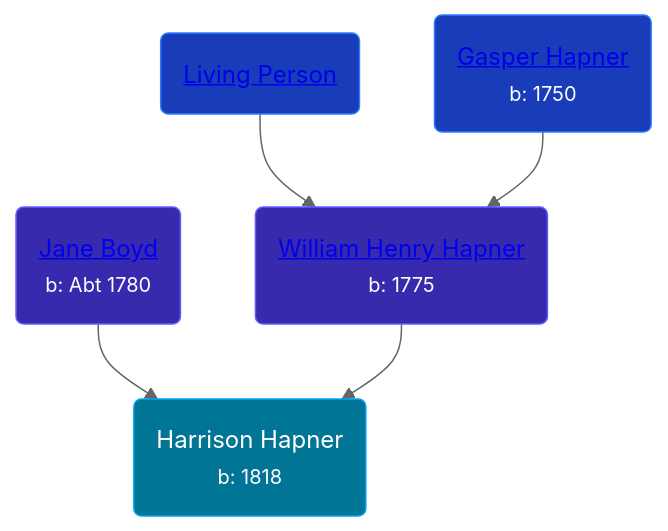
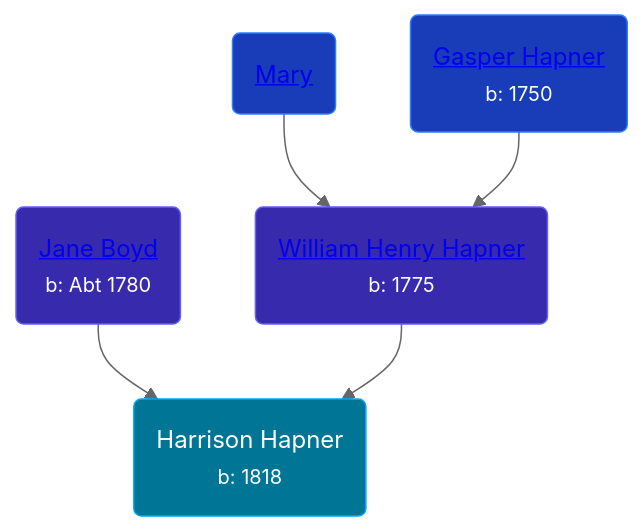
Before and after one commit to wpmgotkh/wpmgotkh.github.io: the diagram in pages/people/8/82056089.md, drawn with Mermaid (neutral theme). The commit also changed 586 other files, not shown here.

Commit message:
feat: better shouldConsiderPersonLiving algo

````diff
--- a/pages/people/8/82056089.md
+++ b/pages/people/8/82056089.md
@@ -11,11 +11,11 @@
 ```mermaid
 graph
 classDef grands fill:#193cb8,stroke:#2b7fff,stroke-width:1px,color:#fff;
 classDef parents fill:#372aac,stroke:#615fff,stroke-width:1px,color:#fff;
 classDef primary fill:#007595,stroke:#00a6f4,stroke-width:1px,color:#fff;
 82056089(Harrison Hapner<br /><small>b: 1818</small>):::primary
 54740480(<a class="text-white" href="/people/5/54740480">Jane Boyd</a><br /><small>b: Abt 1780</small>):::parents-->82056089
 95017783(<a class="text-white" href="/people/9/95017783">William Henry Hapner</a><br /><small>b: 1775</small>):::parents-->82056089
-78872424(<a class="text-white" href="/people/7/78872424">Living Person</a>):::grands-->95017783
+78872424(<a class="text-white" href="/people/7/78872424">Mary </a>):::grands-->95017783
 920624(<a class="text-white" href="/people/9/920624">Gasper Hapner</a><br /><small>b: 1750</small>):::grands-->95017783
 ```
````
